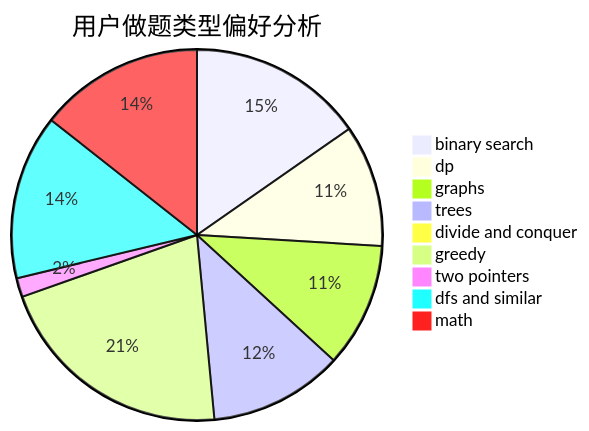
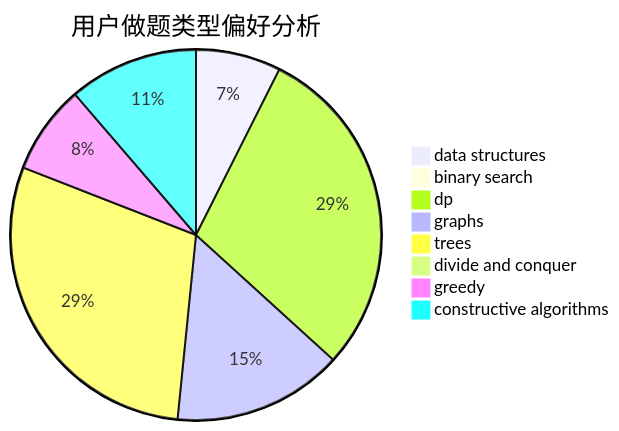
Before and after one commit to sherpahu/cfrs.github.io: the second of 3 diagrams in docs/user/u2393.md, drawn with Mermaid. The commit also changed other lines of this file and 2775 other files, not shown here.

````diff
--- a/docs/user/u2393.md
+++ b/docs/user/u2393.md
@@ -23,12 +23,11 @@
 ```mermaid
 pie title 用户做题类型偏好分析
-    "binary search" :  148
-    "dp" :  103
-    "graphs" :  105
-    "trees" :  113
+    "data structures" :  21
+    "binary search" :  0
+    "dp" :  83
+    "graphs" :  42
+    "trees" :  83
     "divide and conquer" :  0
-    "greedy" :  204
-    "two pointers" :  16
-    "dfs and similar" :  139
-    "math" :  139
+    "greedy" :  22
+    "constructive algorithms" :  32
 ```
````
